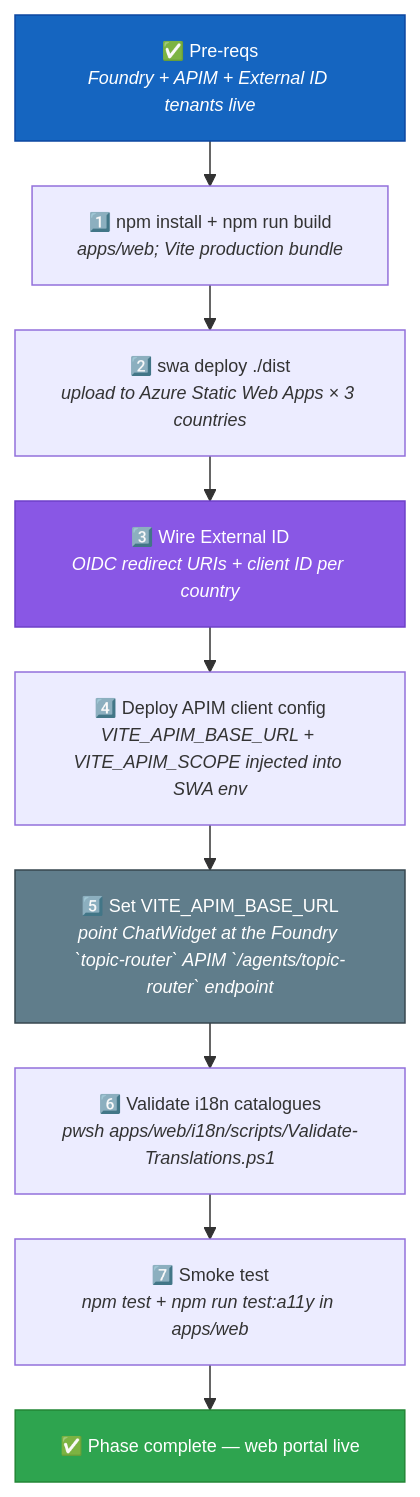
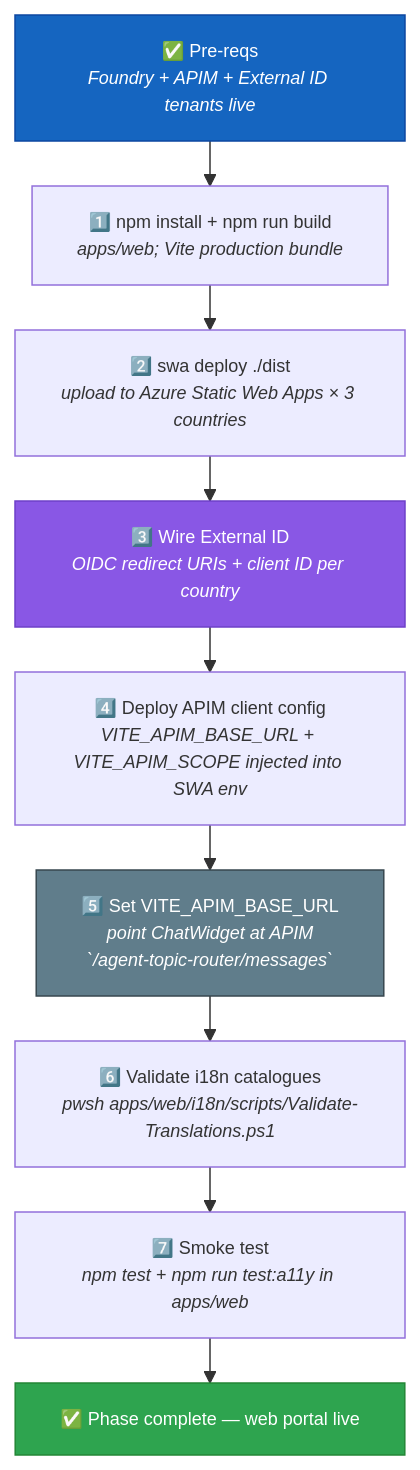
One commit to fredgis/UDCSP changed the fourth of 4 diagrams in docs/biz/web.md. Above: the diagram before and after it, drawn with Mermaid. The commit also changed other lines of this file and 105 other files, not shown here.

````diff
--- a/docs/biz/web.md
+++ b/docs/biz/web.md
@@ -461,20 +471,20 @@
 ```mermaid
 %%{ init: { 'flowchart': { 'nodeSpacing': 25, 'rankSpacing': 30 }, 'themeVariables': { 'fontSize': '12px' } } }%%
 flowchart TB
     P0["✅ Pre-reqs<br/><i>Foundry + APIM + External ID tenants live</i>"]
     P1["1️⃣ npm install + npm run build<br/><i>apps/web; Vite production bundle</i>"]
     P2["2️⃣ swa deploy ./dist<br/><i>upload to Azure Static Web Apps × 3 countries</i>"]
     P3["3️⃣ Wire External ID<br/><i>OIDC redirect URIs + client ID per country</i>"]
     P4["4️⃣ Deploy APIM client config<br/><i>VITE_APIM_BASE_URL + VITE_APIM_SCOPE injected into SWA env</i>"]
-    P5["5️⃣ Set VITE_APIM_BASE_URL<br/><i>point ChatWidget at the Foundry `topic-router` APIM `/agents/topic-router` endpoint</i>"]
+    P5["5️⃣ Set VITE_APIM_BASE_URL<br/><i>point ChatWidget at APIM<br/>`/agent-topic-router/messages`</i>"]
     P6["6️⃣ Validate i18n catalogues<br/><i>pwsh apps/web/i18n/scripts/Validate-Translations.ps1</i>"]
     P7["7️⃣ Smoke test<br/><i>npm test + npm run test:a11y in apps/web</i>"]
     P8["✅ Phase complete — web portal live"]
 
     P0 --> P1 --> P2 --> P3 --> P4 --> P5 --> P6 --> P7 --> P8
 
     style P0 fill:#1565c0,stroke:#0d47a1,color:#fff
     style P8 fill:#2ea44f,stroke:#238636,color:#fff
     style P3 fill:#8957e5,stroke:#6e40c9,color:#fff
     style P5 fill:#607d8b,stroke:#37474f,color:#fff
 ```
````
